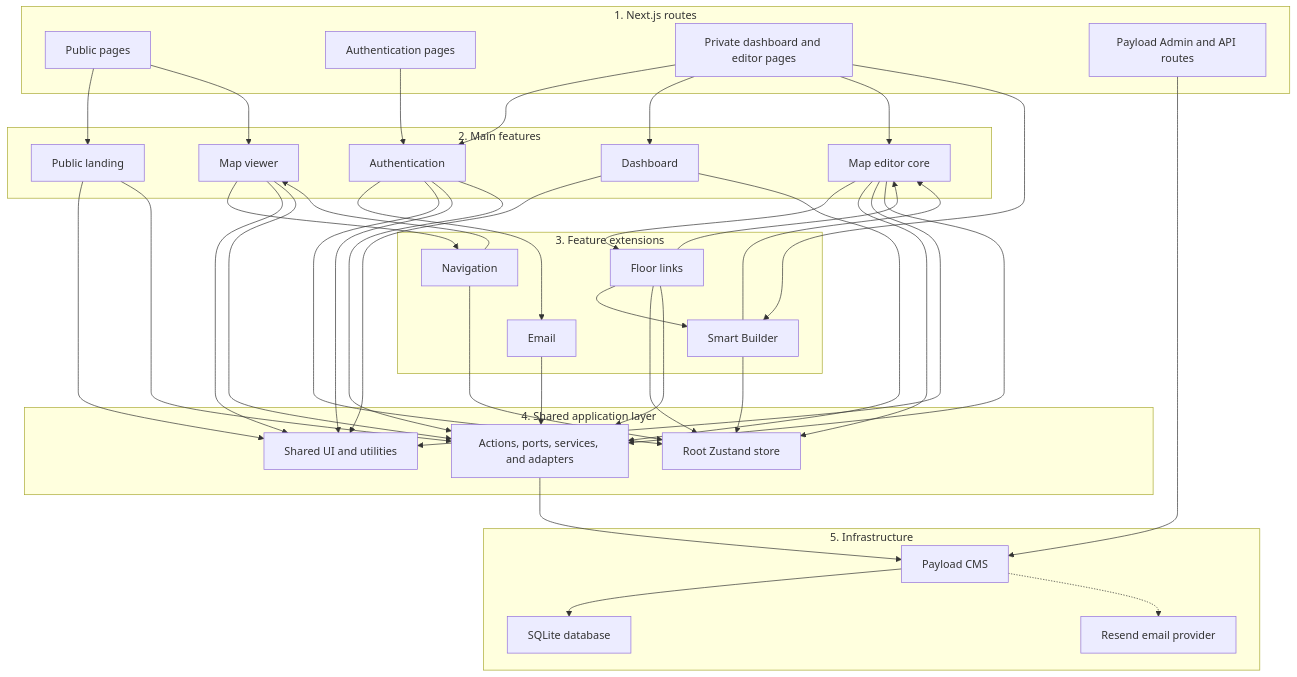
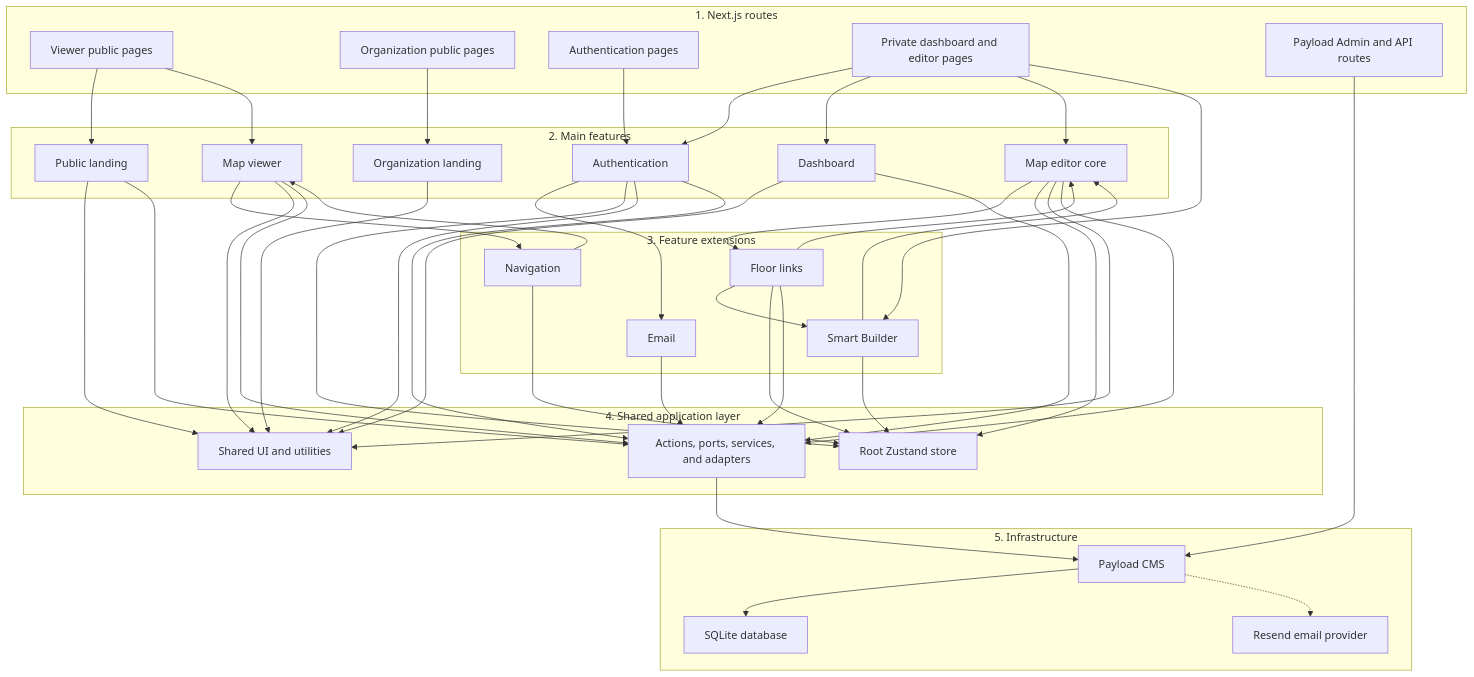
Before and after one commit to MubassirSapa/WayFinder: the first of 3 diagrams in docs/technical/SIMPLE_FEATURE_ARCHITECTURE.md, drawn with Mermaid. The commit also changed other lines of this file and 32 other files, not shown here.

Commit message:
feat(public): split viewer and organization experiences

````diff
--- a/docs/technical/SIMPLE_FEATURE_ARCHITECTURE.md
+++ b/docs/technical/SIMPLE_FEATURE_ARCHITECTURE.md
@@ -24,77 +24,81 @@
 ```mermaid
 flowchart TB
     subgraph routes ["1. Next.js routes"]
-        publicPages["Public pages"]
+        publicPages["Viewer public pages"]
+        organizationPages["Organization public pages"]
         authPages["Authentication pages"]
         privatePages["Private dashboard and editor pages"]
         payloadPages["Payload Admin and API routes"]
     end
 
     subgraph mainFeatures ["2. Main features"]
         publicLanding["Public landing"]
+        organizationLanding["Organization landing"]
         authentication["Authentication"]
         dashboard["Dashboard"]
         editorCore["Map editor core"]
         mapViewer["Map viewer"]
     end
 
     subgraph extensions ["3. Feature extensions"]
         email["Email"]
         smartBuilder["Smart Builder"]
         floorLinks["Floor links"]
         navigation["Navigation"]
     end
 
     subgraph shared ["4. Shared application layer"]
         rootStore["Root Zustand store"]
         sharedUi["Shared UI and utilities"]
         dataBoundary["Actions, ports, services, and adapters"]
     end
 
     subgraph infrastructure ["5. Infrastructure"]
         payload["Payload CMS"]
         database["SQLite database"]
         resend["Resend email provider"]
     end
 
     publicPages --> publicLanding
     publicPages --> mapViewer
+    organizationPages --> organizationLanding
     authPages --> authentication
     privatePages --> authentication
     privatePages --> dashboard
     privatePages --> editorCore
     privatePages --> smartBuilder
     payloadPages --> payload
 
     authentication --> email
     editorCore --> floorLinks
     smartBuilder --> editorCore
     floorLinks --> editorCore
     floorLinks --> smartBuilder
     mapViewer --> navigation
     navigation --> mapViewer
 
     authentication --> rootStore
     editorCore --> rootStore
     smartBuilder --> rootStore
     floorLinks --> rootStore
     navigation --> rootStore
 
     publicLanding --> sharedUi
+    organizationLanding --> sharedUi
     authentication --> sharedUi
     dashboard --> sharedUi
     editorCore --> sharedUi
     mapViewer --> sharedUi
 
     publicLanding --> dataBoundary
     authentication --> dataBoundary
     dashboard --> dataBoundary
     editorCore --> dataBoundary
     floorLinks --> dataBoundary
     mapViewer --> dataBoundary
     email --> dataBoundary
 
     dataBoundary --> payload
     payload --> database
     payload -.-> resend
 ```
````
